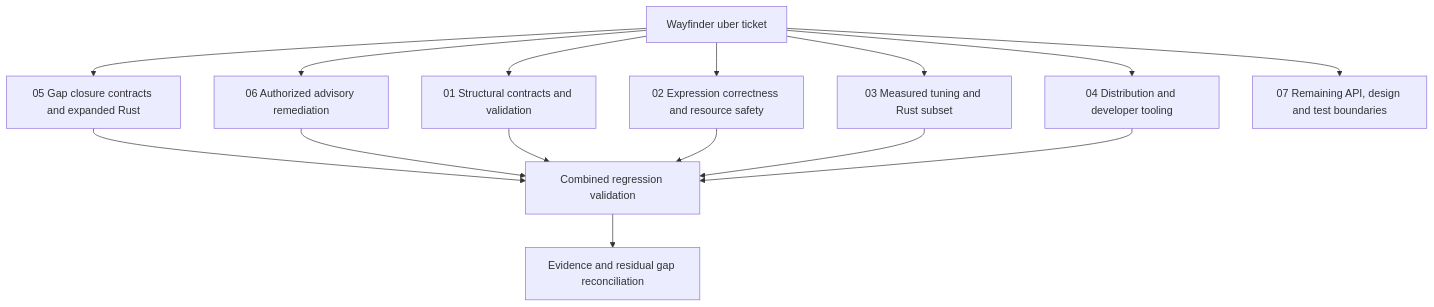
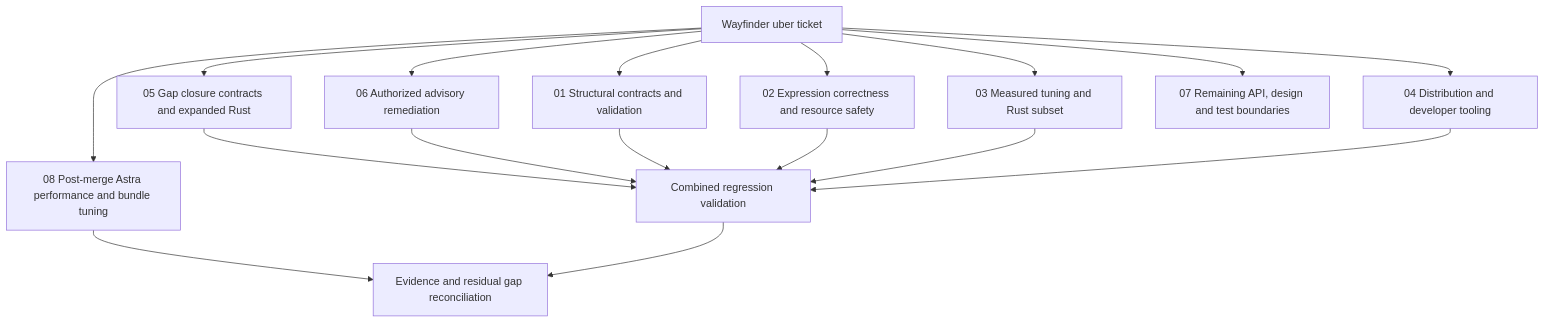
Before and after one commit to elite-libs/rules-machine: the diagram in docs/review/WAYFINDER.md, drawn with Mermaid. The commit also changed other lines of this file and 106 other files, not shown here.

Commit message:
perf: record confirmed browser bundle wins and four-loop Astra evaluation

````diff
--- a/docs/review/WAYFINDER.md
+++ b/docs/review/WAYFINDER.md
@@ -7,17 +9,19 @@
 ```mermaid
 flowchart TD
   W[Wayfinder uber ticket] --> S[01 Structural contracts and validation]
   W --> E[02 Expression correctness and resource safety]
   W --> P[03 Measured tuning and Rust subset]
   W --> D[04 Distribution and developer tooling]
   W --> A[06 Authorized advisory remediation]
   W --> G[05 Gap closure contracts and expanded Rust]
   W --> B[07 Remaining API, design and test boundaries]
+  W --> T[08 Post-merge Astra performance and bundle tuning]
+  T --> R
   G --> V
   A --> V
   S --> V[Combined regression validation]
   E --> V
   P --> V
   D --> V
   V --> R[Evidence and residual gap reconciliation]
 ```
````
